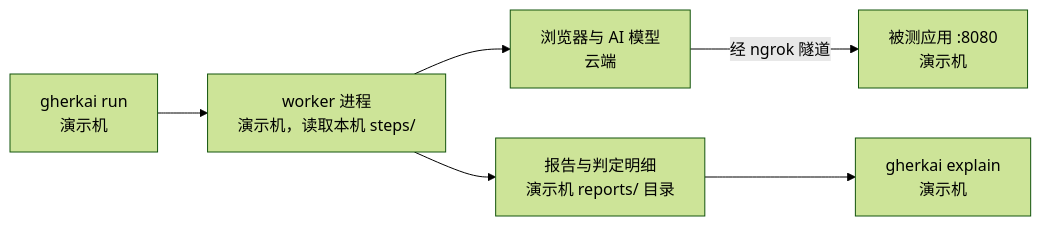
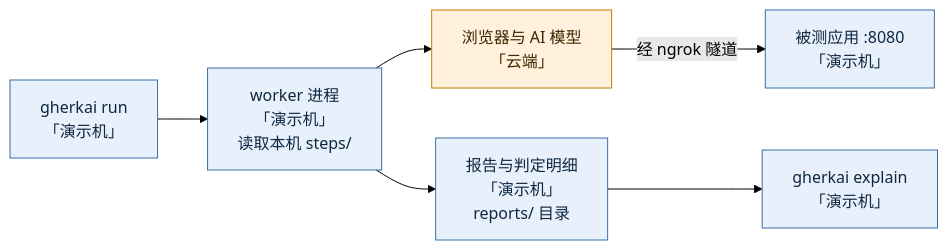
One commit to zhiyanliu/gherkai-webapp-demo changed the second of 3 diagrams in docs/demo-runbook.md. Above: the diagram before and after it, drawn with Mermaid (forest theme). The commit also changed other lines of this file, not shown here.

Commit message:
runbook 环境图：位置统一为节点第二行的「演示机」/「云端」标签，并按位置着色（蓝 / 橙）

````diff
--- a/docs/demo-runbook.md
+++ b/docs/demo-runbook.md
@@ -68,5 +68,9 @@
 ```mermaid
 flowchart LR
-    CLI["gherkai run<br/>演示机"] --> WK["worker 进程<br/>演示机，读取本机 steps/"] --> BR["浏览器与 AI 模型<br/>云端"] -- "经 ngrok 隧道" --> APP["被测应用 :8080<br/>演示机"]
-    WK --> REP["报告与判定明细<br/>演示机 reports/ 目录"] --> RD["gherkai explain<br/>演示机"]
+    CLI["gherkai run<br/>「演示机」"] --> WK["worker 进程<br/>「演示机」<br/>读取本机 steps/"] --> BR["浏览器与 AI 模型<br/>「云端」"] -- "经 ngrok 隧道" --> APP["被测应用 :8080<br/>「演示机」"]
+    WK --> REP["报告与判定明细<br/>「演示机」<br/>reports/ 目录"] --> RD["gherkai explain<br/>「演示机」"]
+    classDef local fill:#e8f1fb,stroke:#3b6ea5,color:#0f2740
+    classDef cloud fill:#fff1dc,stroke:#c77d00,color:#3d2600
+    class CLI,WK,APP,REP,RD local
+    class BR cloud
 ```
````
